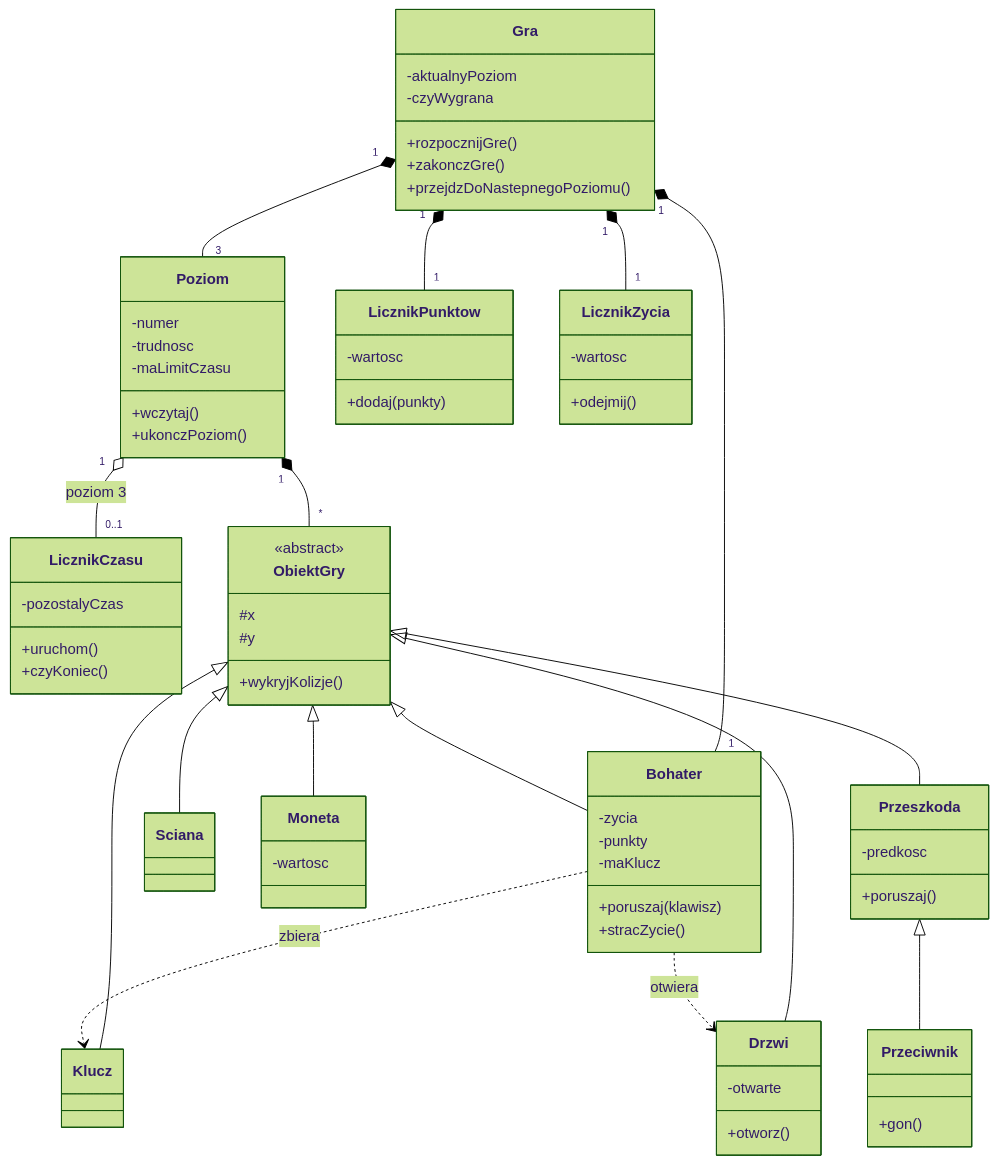
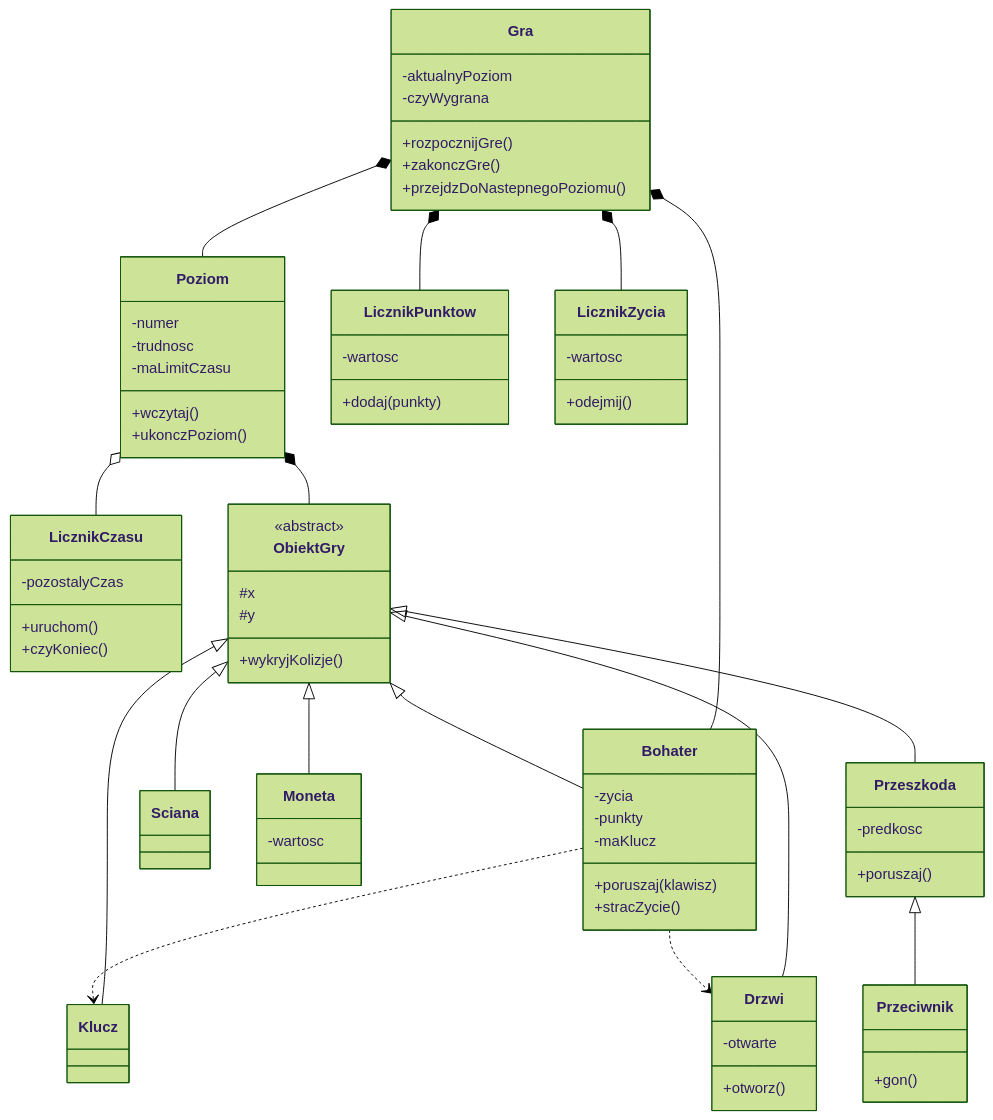
Before and after one commit to damian1726/cokowliek: the diagram in DiagramKlas.md, drawn with Mermaid (forest theme).

````diff
--- a/DiagramKlas.md
+++ b/DiagramKlas.md
@@ -66,12 +66,12 @@
         +gon()
     }
 
-    Gra "1" *-- "3" Poziom
-    Gra "1" *-- "1" Bohater
-    Gra "1" *-- "1" LicznikPunktow
-    Gra "1" *-- "1" LicznikZycia
-    Poziom "1" o-- "0..1" LicznikCzasu : poziom 3
-    Poziom "1" *-- "*" ObiektGry
+    Gra *-- Poziom
+    Gra *-- Bohater
+    Gra *-- LicznikPunktow
+    Gra *-- LicznikZycia
+    Poziom o-- LicznikCzasu
+    Poziom *-- ObiektGry
 
     ObiektGry <|-- Bohater
     ObiektGry <|-- Sciana
@@ -81,6 +81,6 @@
     ObiektGry <|-- Przeszkoda
     Przeszkoda <|-- Przeciwnik
 
-    Bohater ..> Klucz : zbiera
-    Bohater ..> Drzwi : otwiera
+    Bohater ..> Klucz
+    Bohater ..> Drzwi
 ```
````
